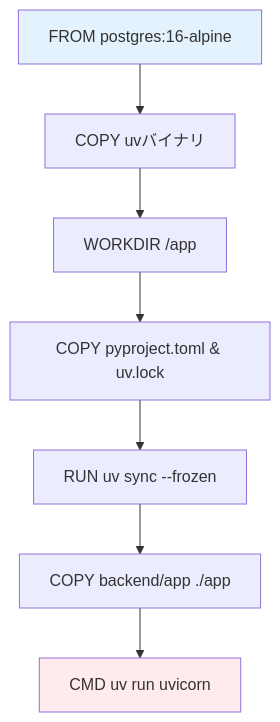
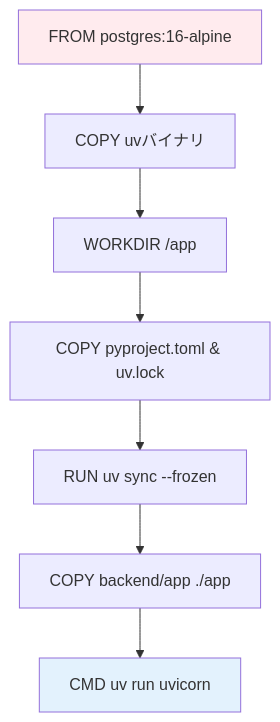
One commit to ss8806/Todos changed the fourth of 11 diagrams in .qoder/repowiki/ja/content/Dockerコンテナ化.md. Above: the diagram before and after it, drawn with Mermaid. The commit also changed other lines of this file and 11 other files, not shown here.

````diff
--- a/.qoder/repowiki/ja/content/Dockerコンテナ化.md
+++ b/.qoder/repowiki/ja/content/Dockerコンテナ化.md
@@ -110,11 +157,11 @@
 ```mermaid
 flowchart TD
 A["FROM postgres:16-alpine"] --> B["COPY uvバイナリ"]
 B --> C["WORKDIR /app"]
 C --> D["COPY pyproject.toml & uv.lock"]
 D --> E["RUN uv sync --frozen"]
 E --> F["COPY backend/app ./app"]
 F --> G["CMD uv run uvicorn"]
-style A fill:#e3f2fd
-style G fill:#ffebee
+style A fill:#ffebee
+style G fill:#e3f2fd
 ```
````
